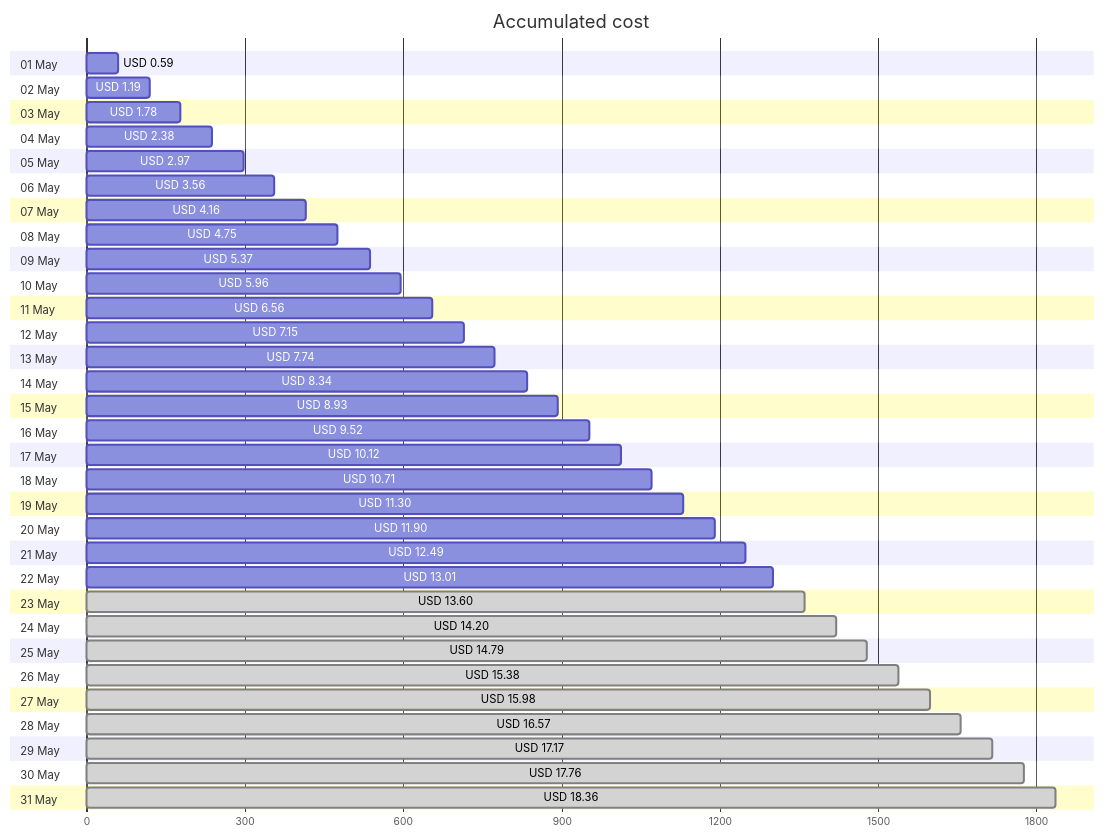
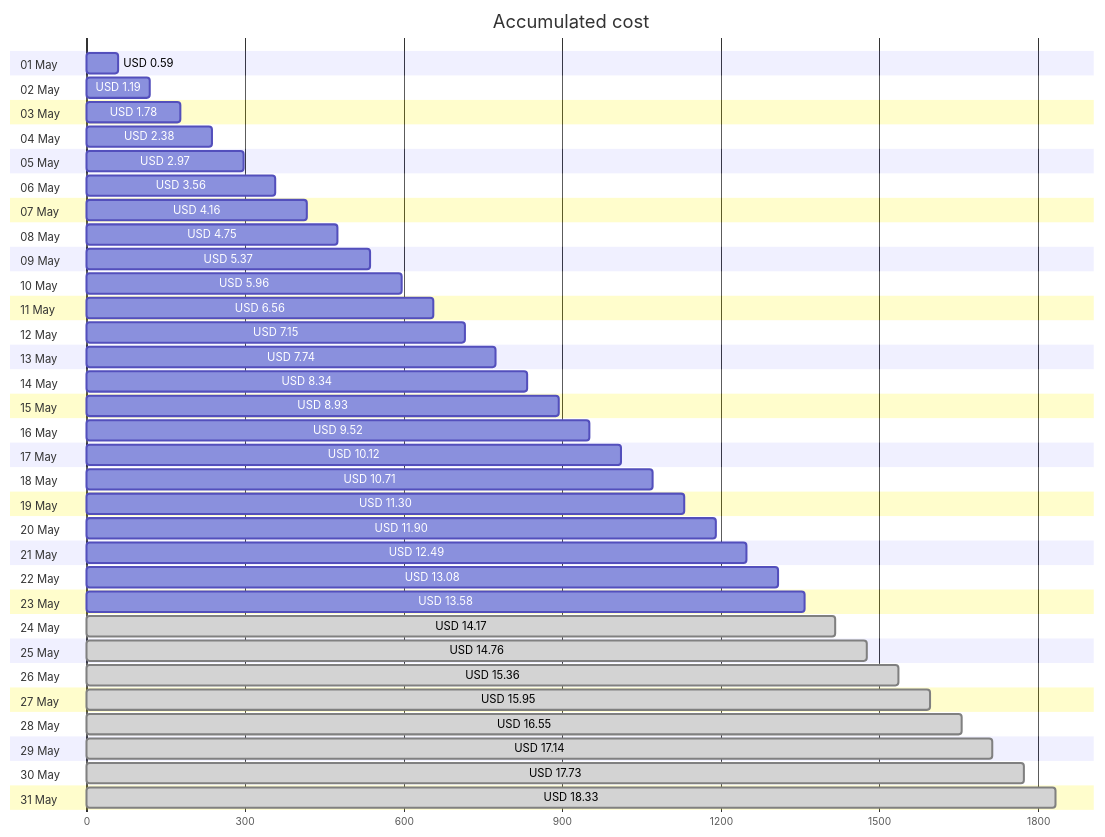
Before and after one commit to jpfulton/azure-personal-reports: the first of 4 diagrams in cost-reports/personal-site/README.md, drawn with Mermaid. The commit also changed other lines of this file and 6 other files, not shown here.

````diff
--- a/cost-reports/personal-site/README.md
+++ b/cost-reports/personal-site/README.md
@@ -20,68 +20,68 @@
 ```mermaid
 gantt
    title Accumulated cost
    dateFormat  X
    axisFormat %s
    section 01 May
    USD 0.59 :0, 59
    section 02 May
    USD 1.19 :0, 119
    section 03 May
    USD 1.78 :0, 178
    section 04 May
    USD 2.38 :0, 238
    section 05 May
    USD 2.97 :0, 297
    section 06 May
    USD 3.56 :0, 356
    section 07 May
    USD 4.16 :0, 416
    section 08 May
    USD 4.75 :0, 475
    section 09 May
    USD 5.37 :0, 537
    section 10 May
    USD 5.96 :0, 596
    section 11 May
    USD 6.56 :0, 656
    section 12 May
    USD 7.15 :0, 715
    section 13 May
    USD 7.74 :0, 774
    section 14 May
    USD 8.34 :0, 834
    section 15 May
    USD 8.93 :0, 893
    section 16 May
    USD 9.52 :0, 952
    section 17 May
    USD 10.12 :0, 1012
    section 18 May
    USD 10.71 :0, 1071
    section 19 May
    USD 11.30 :0, 1130
    section 20 May
    USD 11.90 :0, 1190
    section 21 May
    USD 12.49 :0, 1249
    section 22 May
-   USD 13.01 :0, 1301
+   USD 13.08 :0, 1308
    section 23 May
-   USD 13.60 : done, 0, 1360
+   USD 13.58 :0, 1358
    section 24 May
-   USD 14.20 : done, 0, 1420
+   USD 14.17 : done, 0, 1417
    section 25 May
-   USD 14.79 : done, 0, 1479
+   USD 14.76 : done, 0, 1476
    section 26 May
-   USD 15.38 : done, 0, 1538
+   USD 15.36 : done, 0, 1536
    section 27 May
-   USD 15.98 : done, 0, 1598
+   USD 15.95 : done, 0, 1595
    section 28 May
-   USD 16.57 : done, 0, 1657
+   USD 16.55 : done, 0, 1655
    section 29 May
-   USD 17.17 : done, 0, 1717
+   USD 17.14 : done, 0, 1714
    section 30 May
-   USD 17.76 : done, 0, 1776
+   USD 17.73 : done, 0, 1773
    section 31 May
-   USD 18.36 : done, 0, 1836
+   USD 18.33 : done, 0, 1833
 ```
````
